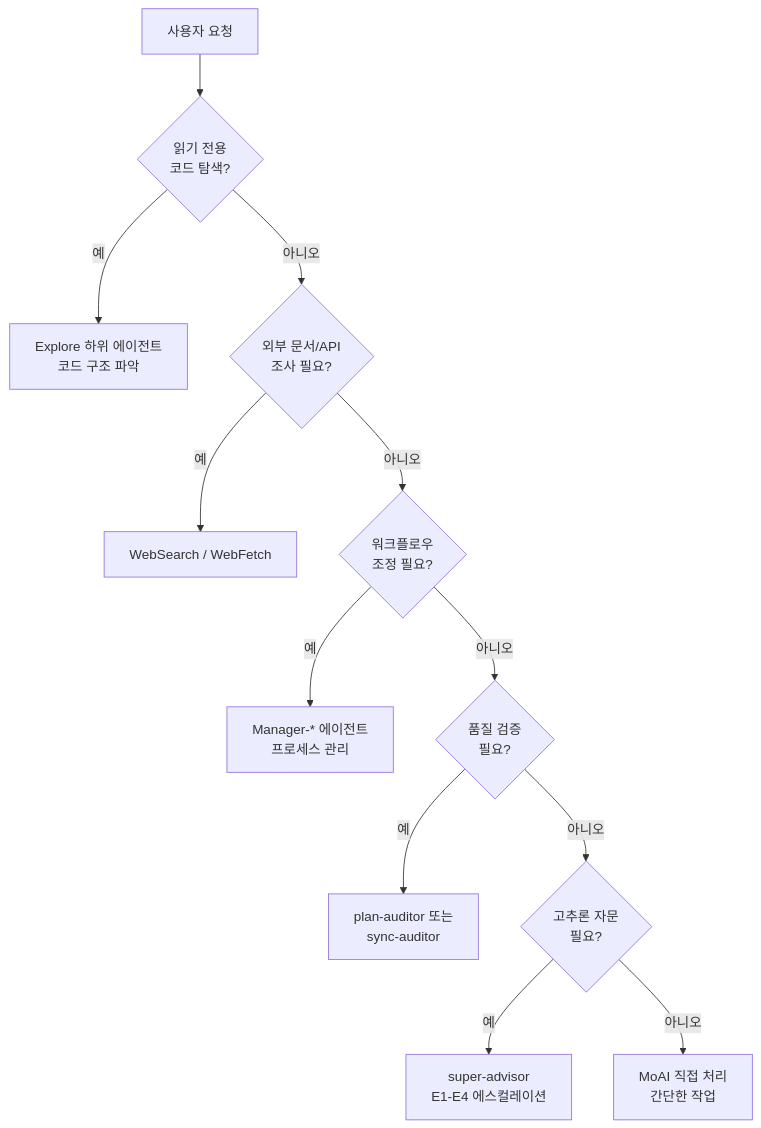
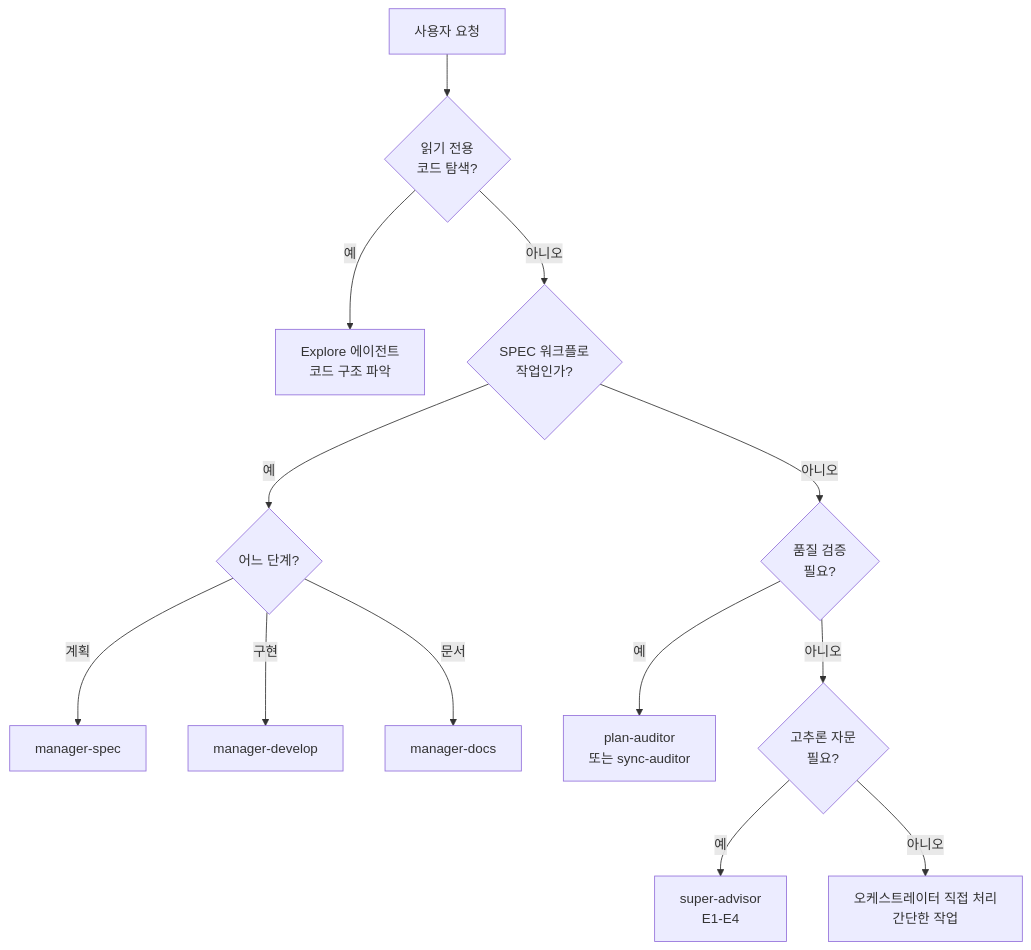
Before and after one commit to modu-ai/moai-adk: the second of 4 diagrams in docs-site/content/ko/advanced/agent-guide.md, drawn with Mermaid. The commit also changed other lines of this file and 7 other files, not shown here.

````diff
--- a/docs-site/content/ko/advanced/agent-guide.md
+++ b/docs-site/content/ko/advanced/agent-guide.md
@@ -107,19 +124,15 @@
 ```mermaid
 flowchart TD
-    START[사용자 요청] --> Q1{읽기 전용<br>코드 탐색?}
-
-    Q1 -->|예| EXPLORE["Explore 하위 에이전트<br>코드 구조 파악"]
-    Q1 -->|아니오| Q2{외부 문서/API<br>조사 필요?}
-
-    Q2 -->|예| WEB["WebSearch / WebFetch"]
-    Q2 -->|아니오| Q3{워크플로우<br>조정 필요?}
-
-    Q3 -->|예| MANAGER["Manager-* 에이전트<br>프로세스 관리"]
-    Q3 -->|아니오| Q4{품질 검증<br>필요?}
-
-    Q4 -->|예| EVAL["plan-auditor 또는<br>sync-auditor"]
-    Q4 -->|아니오| Q5{고추론 자문<br>필요?}
-
-    Q5 -->|예| ADVISOR["super-advisor<br>E1-E4 에스컬레이션"]
-    Q5 -->|아니오| DIRECT["MoAI 직접 처리<br>간단한 작업"]
+    START["사용자 요청"] --> Q1{"읽기 전용<br>코드 탐색?"}
+    Q1 -->|"예"| EXPLORE["Explore 에이전트<br>코드 구조 파악"]
+    Q1 -->|"아니오"| Q2{"SPEC 워크플로<br>작업인가?"}
+    Q2 -->|"예"| Q3{"어느 단계?"}
+    Q3 -->|"계획"| SPEC["manager-spec"]
+    Q3 -->|"구현"| DEV["manager-develop"]
+    Q3 -->|"문서"| DOCS["manager-docs"]
+    Q2 -->|"아니오"| Q4{"품질 검증<br>필요?"}
+    Q4 -->|"예"| EV["plan-auditor<br>또는 sync-auditor"]
+    Q4 -->|"아니오"| Q5{"고추론 자문<br>필요?"}
+    Q5 -->|"예"| ADV["super-advisor<br>E1-E4"]
+    Q5 -->|"아니오"| DIRECT["오케스트레이터 직접 처리<br>간단한 작업"]
 ```
````
